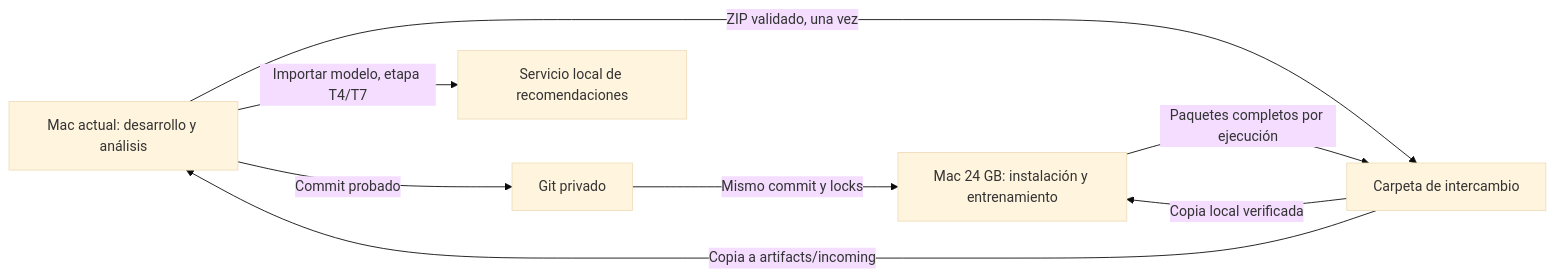
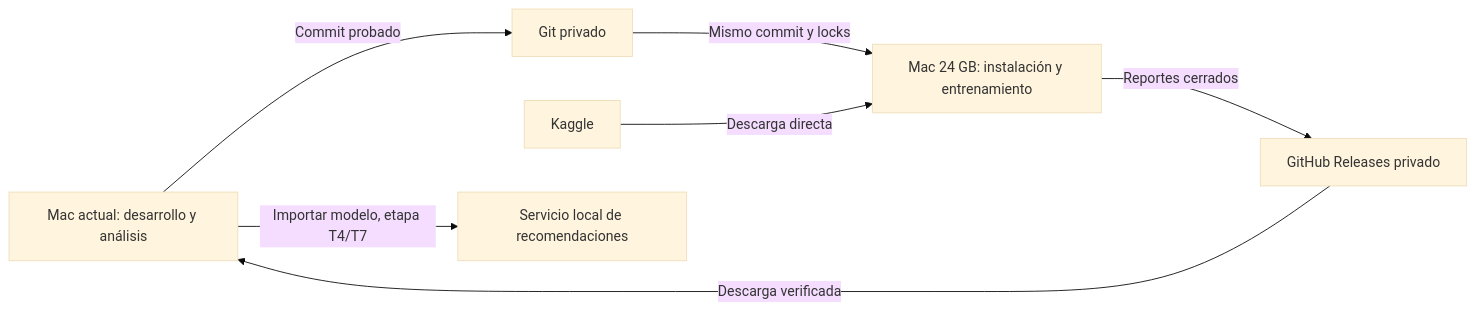
Before and after one commit to emilianodesu/clothing-recommendation: the diagram in docs/superpowers/specs/2026-10-19-entrenamiento-dos-macs-design.md, drawn with Mermaid (base theme). The commit also changed other lines of this file and 29 other files, not shown here.

````diff
--- a/docs/superpowers/specs/2026-10-19-entrenamiento-dos-macs-design.md
+++ b/docs/superpowers/specs/2026-10-19-entrenamiento-dos-macs-design.md
@@ -15,10 +15,9 @@
 ```mermaid
 flowchart LR
     A[Mac actual: desarrollo y análisis] -->|Commit probado| G[Git privado]
     G -->|Mismo commit y locks| B[Mac 24 GB: instalación y entrenamiento]
-    A -->|ZIP validado, una vez| F[Carpeta de intercambio]
-    F -->|Copia local verificada| B
-    B -->|Paquetes completos por ejecución| F
-    F -->|Copia a artifacts/incoming| A
+    K[Kaggle] -->|Descarga directa| B
+    B -->|Reportes cerrados| F[GitHub Releases privado]
+    F -->|Descarga verificada| A
     A -->|Importar modelo, etapa T4/T7| S[Servicio local de recomendaciones]
 ```
````
